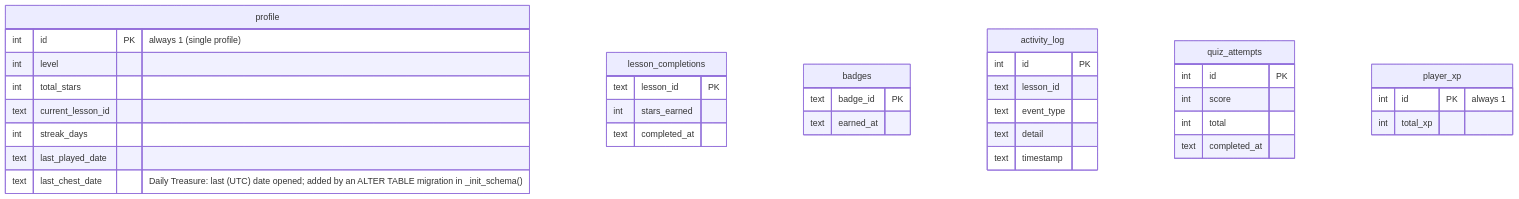
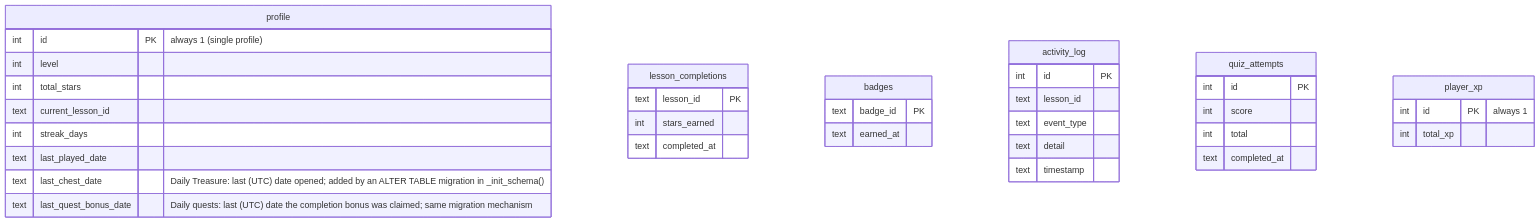
Before and after one commit to shreejitpanchal/python-adventure-kids: the tenth of 10 diagrams in docs/ARCHITECTURE.md, drawn with Mermaid. The commit also changed 35 other files, not shown here.

````diff
--- a/docs/ARCHITECTURE.md
+++ b/docs/ARCHITECTURE.md
@@ -486,38 +486,39 @@
 ```mermaid
 erDiagram
     profile {
         int id PK "always 1 (single profile)"
         int level
         int total_stars
         text current_lesson_id
         int streak_days
         text last_played_date
         text last_chest_date "Daily Treasure: last (UTC) date opened; added by an ALTER TABLE migration in _init_schema()"
+        text last_quest_bonus_date "Daily quests: last (UTC) date the completion bonus was claimed; same migration mechanism"
     }
     lesson_completions {
         text lesson_id PK
         int stars_earned
         text completed_at
     }
     badges {
         text badge_id PK
         text earned_at
     }
     activity_log {
         int id PK
         text lesson_id
         text event_type
         text detail
         text timestamp
     }
     quiz_attempts {
         int id PK
         int score
         int total
         text completed_at
     }
     player_xp {
         int id PK "always 1"
         int total_xp
     }
 ```
````
